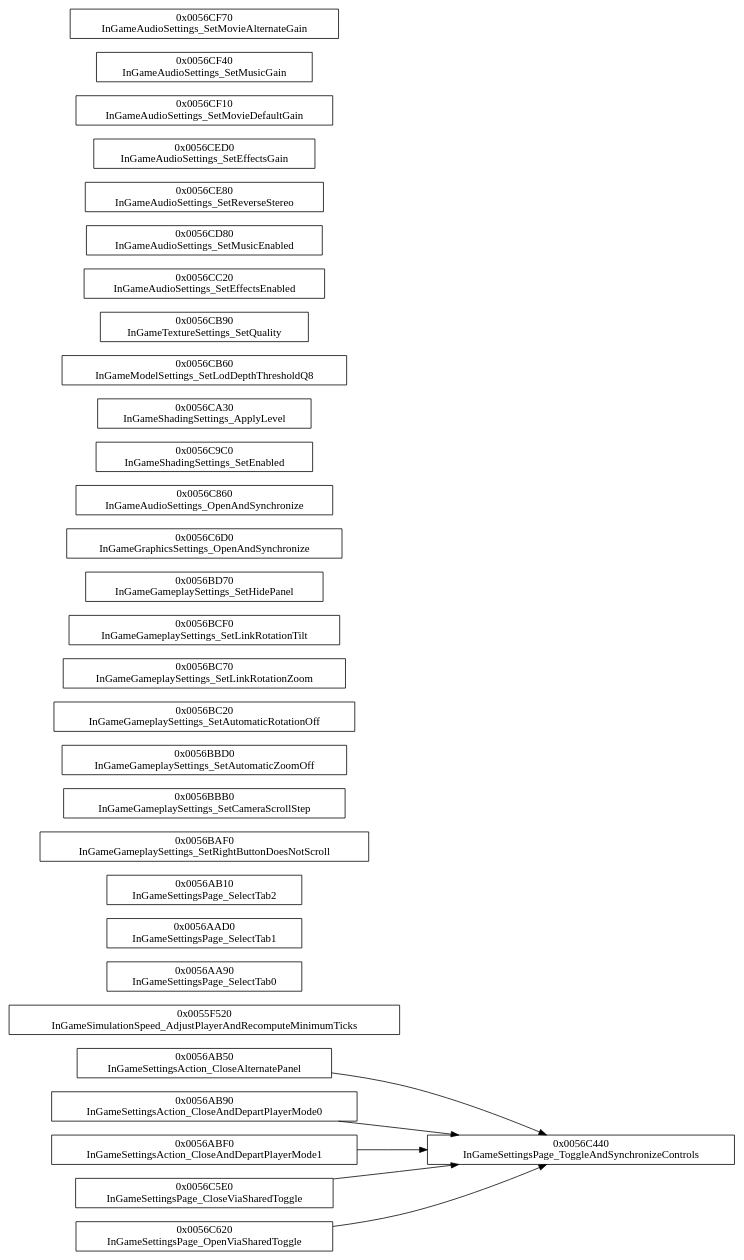
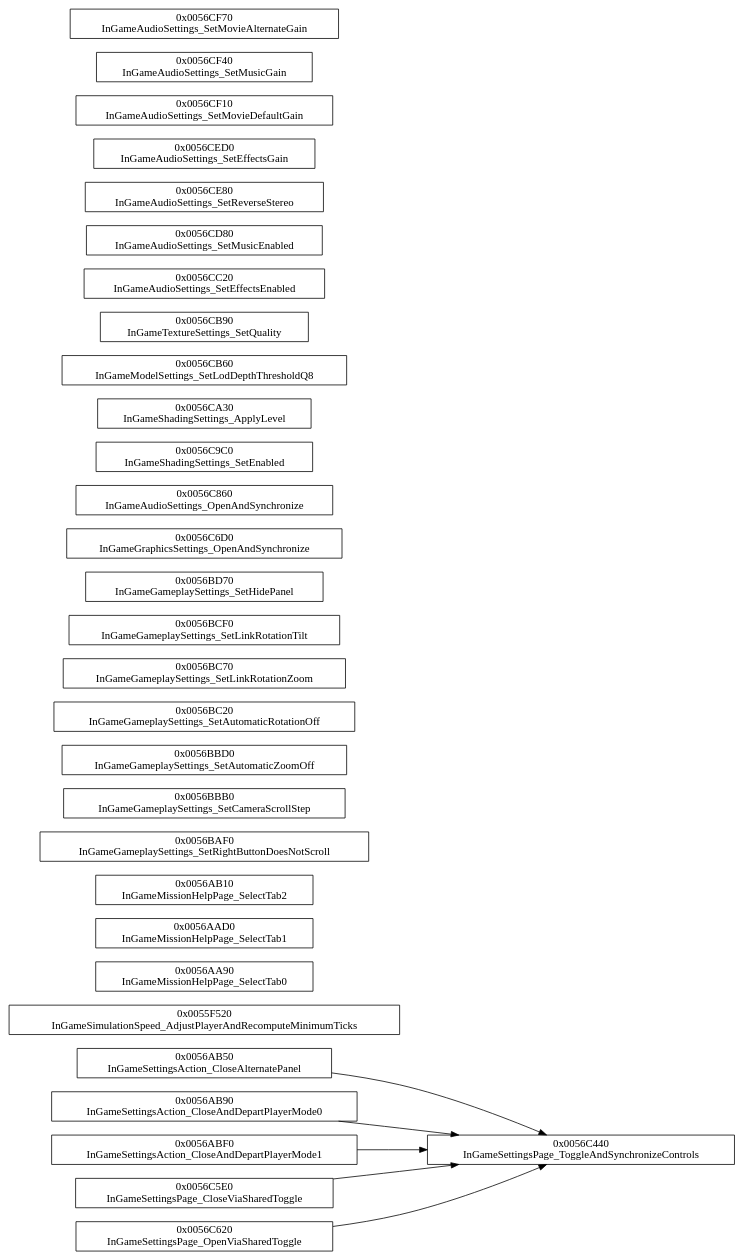
One commit to idkFoxes/open-thandor changed the diagram in docs/callgraphs/ui/ingame/settings.dot. Above: the diagram before and after it, drawn with Graphviz. The commit also changed 32 other files, not shown here.

```diff
--- a/docs/callgraphs/ui/ingame/settings.dot
+++ b/docs/callgraphs/ui/ingame/settings.dot
@@ -1,39 +1,39 @@
 digraph thandor {
   rankdir=LR;
   node [shape=box];
   "InGameSettingsAction_CloseAlternatePanel" [label="0x0056AB50\nInGameSettingsAction_CloseAlternatePanel"];
   "InGameSettingsAction_CloseAndDepartPlayerMode0" [label="0x0056AB90\nInGameSettingsAction_CloseAndDepartPlayerMode0"];
   "InGameSettingsAction_CloseAndDepartPlayerMode1" [label="0x0056ABF0\nInGameSettingsAction_CloseAndDepartPlayerMode1"];
   "InGameSettingsPage_CloseViaSharedToggle" [label="0x0056C5E0\nInGameSettingsPage_CloseViaSharedToggle"];
   "InGameSettingsPage_OpenViaSharedToggle" [label="0x0056C620\nInGameSettingsPage_OpenViaSharedToggle"];
   "InGameSimulationSpeed_AdjustPlayerAndRecomputeMinimumTicks" [label="0x0055F520\nInGameSimulationSpeed_AdjustPlayerAndRecomputeMinimumTicks"];
-  "InGameSettingsPage_SelectTab0" [label="0x0056AA90\nInGameSettingsPage_SelectTab0"];
-  "InGameSettingsPage_SelectTab1" [label="0x0056AAD0\nInGameSettingsPage_SelectTab1"];
-  "InGameSettingsPage_SelectTab2" [label="0x0056AB10\nInGameSettingsPage_SelectTab2"];
+  "InGameMissionHelpPage_SelectTab0" [label="0x0056AA90\nInGameMissionHelpPage_SelectTab0"];
+  "InGameMissionHelpPage_SelectTab1" [label="0x0056AAD0\nInGameMissionHelpPage_SelectTab1"];
+  "InGameMissionHelpPage_SelectTab2" [label="0x0056AB10\nInGameMissionHelpPage_SelectTab2"];
   "InGameGameplaySettings_SetRightButtonDoesNotScroll" [label="0x0056BAF0\nInGameGameplaySettings_SetRightButtonDoesNotScroll"];
   "InGameGameplaySettings_SetCameraScrollStep" [label="0x0056BBB0\nInGameGameplaySettings_SetCameraScrollStep"];
   "InGameGameplaySettings_SetAutomaticZoomOff" [label="0x0056BBD0\nInGameGameplaySettings_SetAutomaticZoomOff"];
   "InGameGameplaySettings_SetAutomaticRotationOff" [label="0x0056BC20\nInGameGameplaySettings_SetAutomaticRotationOff"];
   "InGameGameplaySettings_SetLinkRotationZoom" [label="0x0056BC70\nInGameGameplaySettings_SetLinkRotationZoom"];
   "InGameGameplaySettings_SetLinkRotationTilt" [label="0x0056BCF0\nInGameGameplaySettings_SetLinkRotationTilt"];
   "InGameGameplaySettings_SetHidePanel" [label="0x0056BD70\nInGameGameplaySettings_SetHidePanel"];
   "InGameGraphicsSettings_OpenAndSynchronize" [label="0x0056C6D0\nInGameGraphicsSettings_OpenAndSynchronize"];
   "InGameAudioSettings_OpenAndSynchronize" [label="0x0056C860\nInGameAudioSettings_OpenAndSynchronize"];
   "InGameShadingSettings_SetEnabled" [label="0x0056C9C0\nInGameShadingSettings_SetEnabled"];
   "InGameShadingSettings_ApplyLevel" [label="0x0056CA30\nInGameShadingSettings_ApplyLevel"];
   "InGameModelSettings_SetLodDepthThresholdQ8" [label="0x0056CB60\nInGameModelSettings_SetLodDepthThresholdQ8"];
   "InGameTextureSettings_SetQuality" [label="0x0056CB90\nInGameTextureSettings_SetQuality"];
   "InGameAudioSettings_SetEffectsEnabled" [label="0x0056CC20\nInGameAudioSettings_SetEffectsEnabled"];
   "InGameAudioSettings_SetMusicEnabled" [label="0x0056CD80\nInGameAudioSettings_SetMusicEnabled"];
   "InGameAudioSettings_SetReverseStereo" [label="0x0056CE80\nInGameAudioSettings_SetReverseStereo"];
   "InGameAudioSettings_SetEffectsGain" [label="0x0056CED0\nInGameAudioSettings_SetEffectsGain"];
   "InGameAudioSettings_SetMovieDefaultGain" [label="0x0056CF10\nInGameAudioSettings_SetMovieDefaultGain"];
   "InGameAudioSettings_SetMusicGain" [label="0x0056CF40\nInGameAudioSettings_SetMusicGain"];
   "InGameAudioSettings_SetMovieAlternateGain" [label="0x0056CF70\nInGameAudioSettings_SetMovieAlternateGain"];
   "InGameSettingsPage_ToggleAndSynchronizeControls" [label="0x0056C440\nInGameSettingsPage_ToggleAndSynchronizeControls"];
   "InGameSettingsAction_CloseAlternatePanel" -> "InGameSettingsPage_ToggleAndSynchronizeControls";
   "InGameSettingsAction_CloseAndDepartPlayerMode0" -> "InGameSettingsPage_ToggleAndSynchronizeControls";
   "InGameSettingsAction_CloseAndDepartPlayerMode1" -> "InGameSettingsPage_ToggleAndSynchronizeControls";
   "InGameSettingsPage_CloseViaSharedToggle" -> "InGameSettingsPage_ToggleAndSynchronizeControls";
   "InGameSettingsPage_OpenViaSharedToggle" -> "InGameSettingsPage_ToggleAndSynchronizeControls";
 }
```
